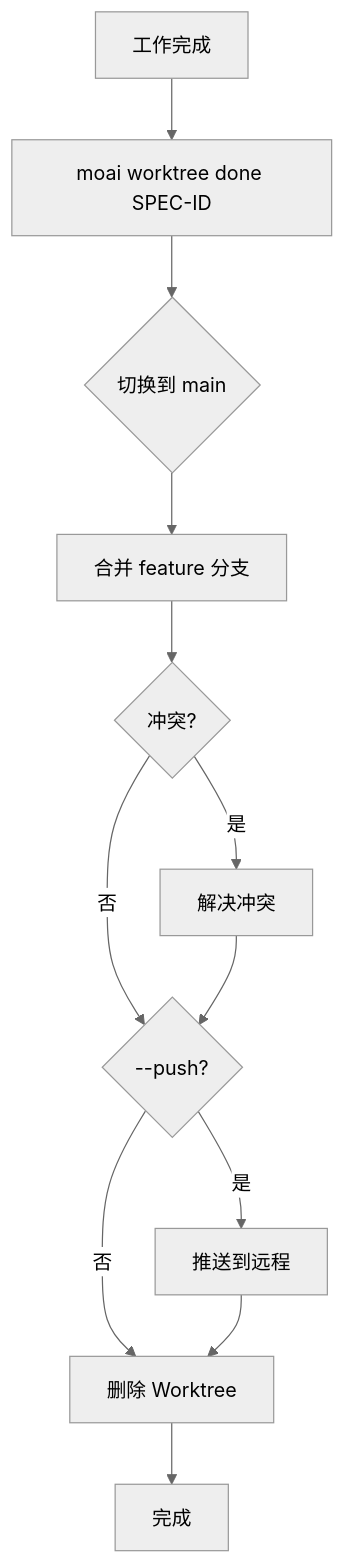
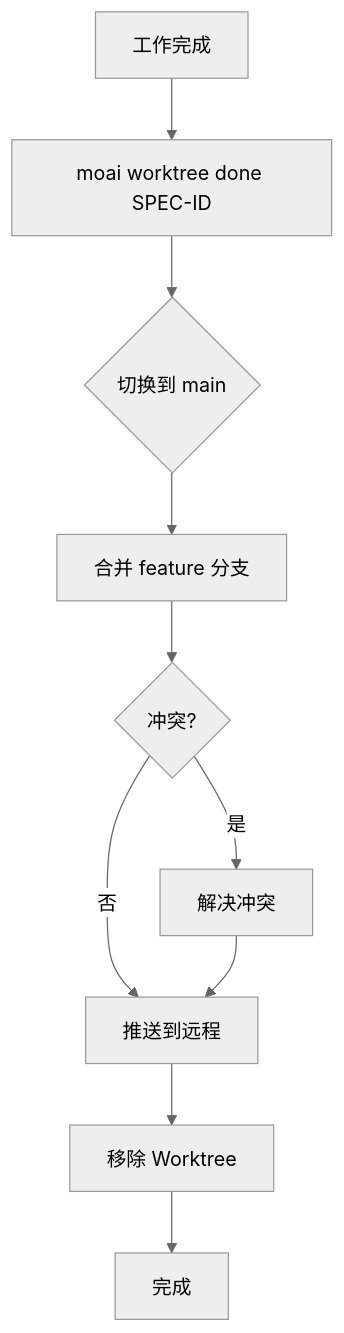
Before and after one commit to modu-ai/moai-adk: the seventh of 10 diagrams in docs-site/content/zh/worktree/guide.md, drawn with Mermaid (neutral theme). The commit also changed other lines of this file and 395 other files, not shown here.

````diff
--- a/docs-site/content/zh/worktree/guide.md
+++ b/docs-site/content/zh/worktree/guide.md
@@ -454,14 +459,12 @@
 ```mermaid
 flowchart TD
     A[工作完成] --> B[moai worktree done SPEC-ID]
     B --> C{切换到 main}
     C --> D[合并 feature 分支]
     D --> E{冲突?}
     E -->|是| F[解决冲突]
-    E -->|否| G{--push?}
+    E -->|否| G[推送到远程]
     F --> G
-    G -->|是| H[推送到远程]
-    G -->|否| I[删除 Worktree]
-    H --> I
-    I --> J[完成]
+    G --> H[移除 Worktree]
+    H --> I[完成]
 ```
````
